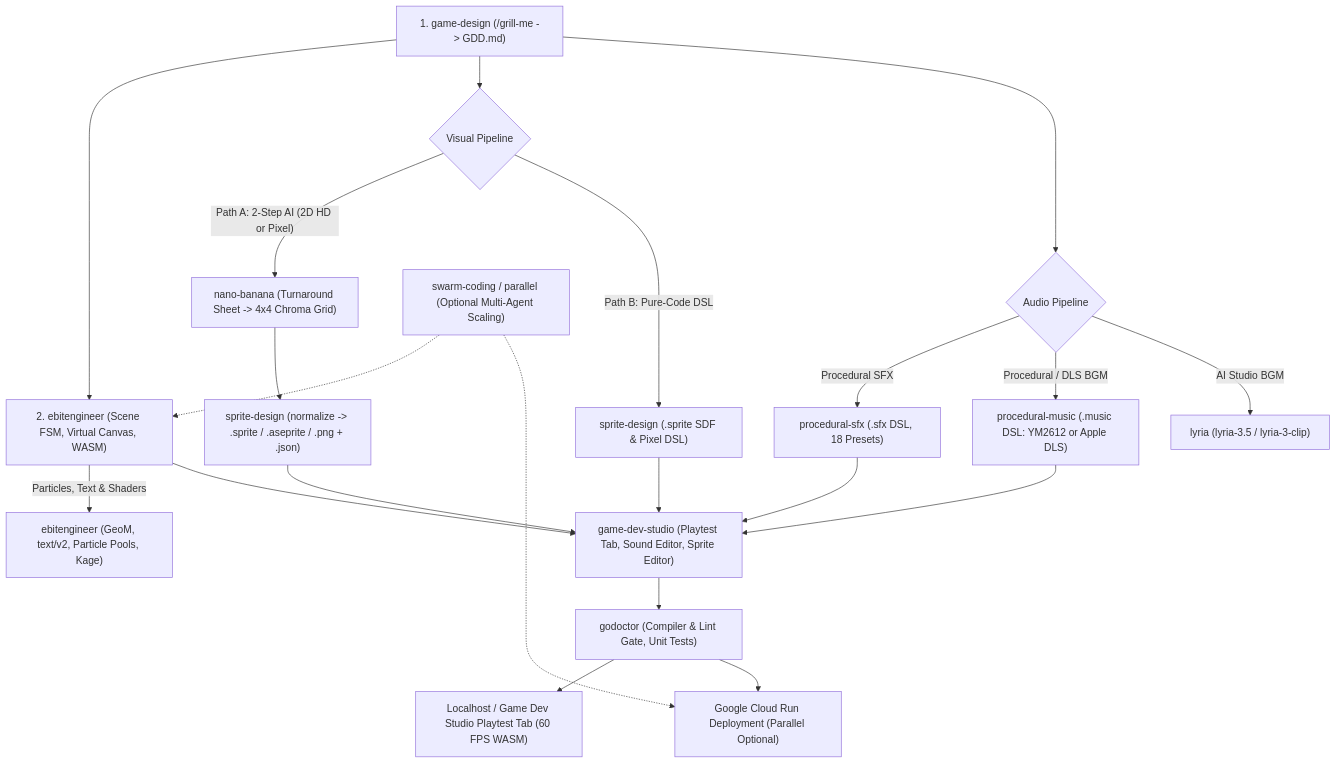
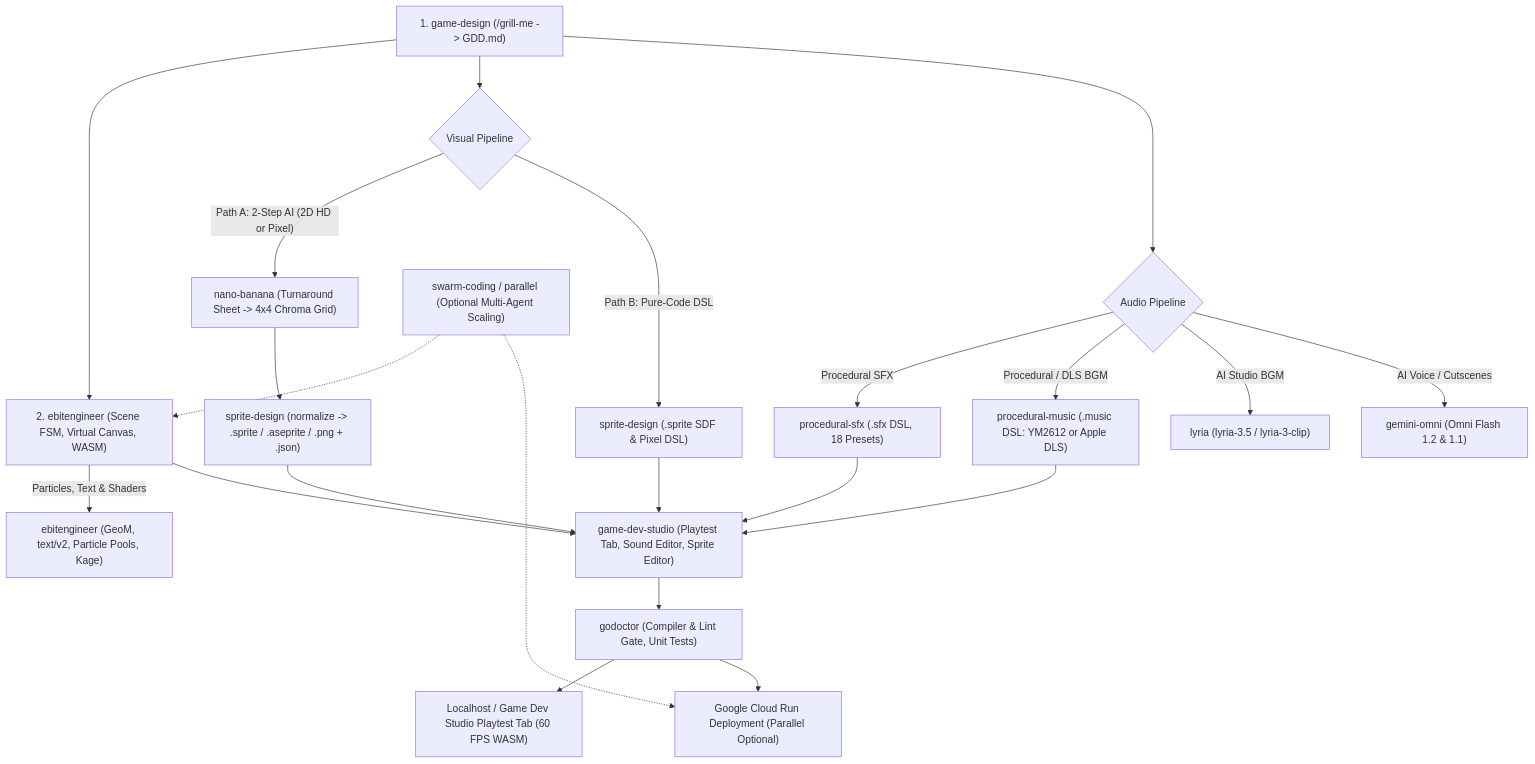
The diagram in skills/vibe-game-developer/SKILL.md (danicat/agy-game-studio), drawn with Mermaid before and after one commit. The commit also changed other lines of this file and 24 other files, not shown here.

Commit message:
feat(skills): restore banana.py/lyria.py Vertex AI scripts, add gemini-omni (Omni Flash 1.2), and simplify game-dev-studio skill

````diff
--- a/skills/vibe-game-developer/SKILL.md
+++ b/skills/vibe-game-developer/SKILL.md
@@ -54,27 +56,28 @@
 ```mermaid
 flowchart TD
     Design["1. game-design (/grill-me -> GDD.md)"] --> Engine["2. ebitengineer (Scene FSM, Virtual Canvas, WASM)"]
     Design --> VisChoice{"Visual Pipeline"}
     Design --> AudChoice{"Audio Pipeline"}
 
     VisChoice -->|"Path A: 2-Step AI (2D HD or Pixel)"| Nano["nano-banana (Turnaround Sheet -> 4x4 Chroma Grid)"]
     Nano --> SpriteNorm["sprite-design (normalize -> .sprite / .aseprite / .png + .json)"]
     VisChoice -->|"Path B: Pure-Code DSL"| SpriteDSL["sprite-design (.sprite SDF & Pixel DSL)"]
     Engine -->|"Particles, Text & Shaders"| EngineVFX["ebitengineer (GeoM, text/v2, Particle Pools, Kage)"]
 
     AudChoice -->|"Procedural SFX"| ProcSFX["procedural-sfx (.sfx DSL, 18 Presets)"]
     AudChoice -->|"Procedural / DLS BGM"| ProcMus["procedural-music (.music DSL: YM2612 or Apple DLS)"]
     AudChoice -->|"AI Studio BGM"| Lyria["lyria (lyria-3.5 / lyria-3-clip)"]
+    AudChoice -->|"AI Voice / Cutscenes"| Omni["gemini-omni (Omni Flash 1.2 & 1.1)"]
 
     Engine --> Studio["game-dev-studio (Playtest Tab, Sound Editor, Sprite Editor)"]
     SpriteNorm --> Studio
     SpriteDSL --> Studio
     ProcSFX --> Studio
     ProcMus --> Studio
 
     Studio --> QA["godoctor (Compiler & Lint Gate, Unit Tests)"]
     QA --> LocalTest["Localhost / Game Dev Studio Playtest Tab (60 FPS WASM)"]
     QA --> CloudRun["Google Cloud Run Deployment (Parallel Optional)"]
     Swarm["swarm-coding / parallel (Optional Multi-Agent Scaling)"] -.-> Engine
     Swarm -.-> CloudRun
 ```
````
